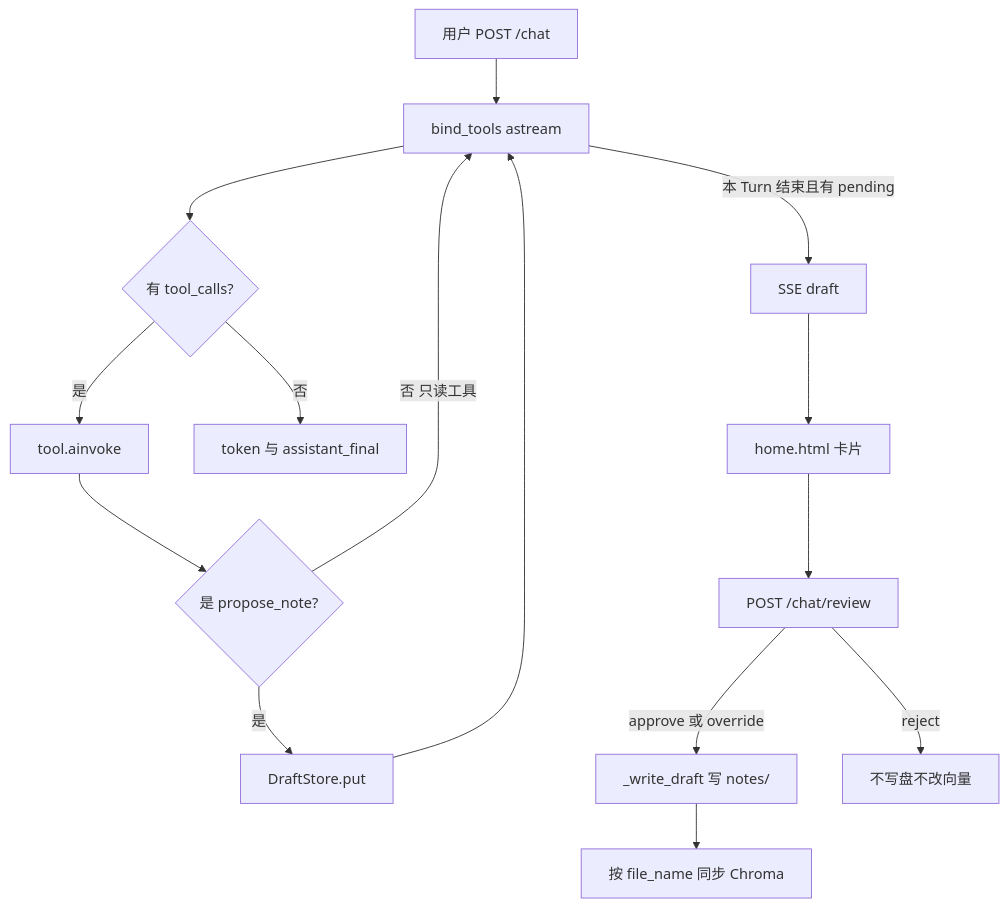
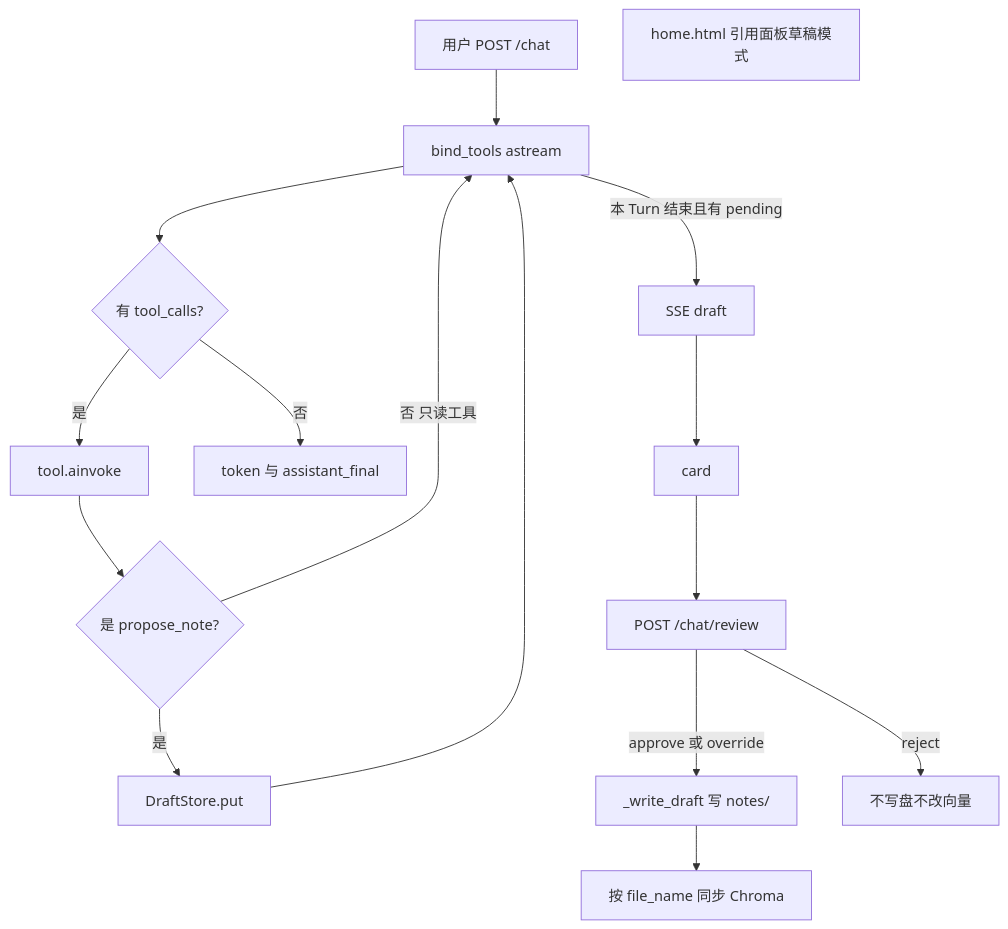
One commit to meantrick11/NoteAgent changed the diagram in docs/architecture/chat-tools.md. Above: the diagram before and after it, drawn with Mermaid. The commit also changed other lines of this file and 9 other files, not shown here.

First line of the commit message:
docs(architecture): describe the draft pane instead of a chat card

````diff
--- a/docs/architecture/chat-tools.md
+++ b/docs/architecture/chat-tools.md
@@ -31,23 +31,23 @@
 ```mermaid
 flowchart TD
   user[用户 POST /chat]
   hop[bind_tools astream]
   noTool{有 tool_calls?}
   invoke[tool.ainvoke]
   propose{是 propose_note?}
   draft[DraftStore.put]
   reply[token 与 assistant_final]
   sse[SSE draft]
-  card[home.html 卡片]
+  pane[home.html 引用面板草稿模式]
   review[POST /chat/review]
   disk[_write_draft 写 notes/]
   user --> hop --> noTool
   noTool -->|否| reply
   noTool -->|是| invoke --> propose
   propose -->|否 只读工具| hop
   propose -->|是| draft --> hop
   hop -->|本 Turn 结束且有 pending| sse --> card --> review
   review -->|approve 或 override| disk
   disk --> chroma[按 file_name 同步 Chroma]
   review -->|reject| drop[不写盘不改向量]
 ```
````
